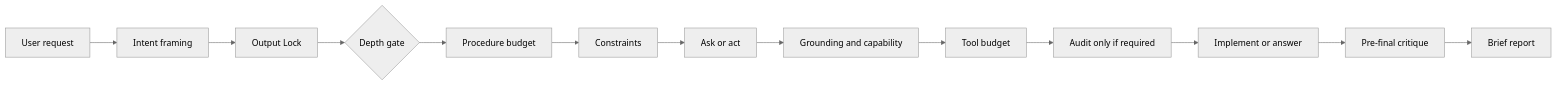
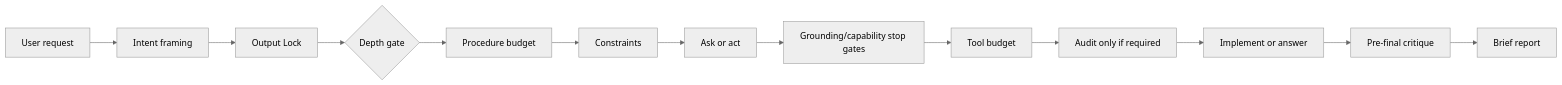
One commit to Nam-Cheol/codex-fable-mode changed the diagram in README.en.md. Above: the diagram before and after it, drawn with Mermaid (neutral theme). The commit also changed other lines of this file and 8 other files, not shown here.

Commit message:
Clarify fable-mode routing and grounding gates

````diff
--- a/README.en.md
+++ b/README.en.md
@@ -39,15 +39,15 @@
 ```mermaid
 flowchart LR
     A["User request"] --> B["Intent framing"]
     B --> C["Output Lock"]
     C --> D{"Depth gate"}
     D --> E["Procedure budget"]
     E --> F["Constraints"]
     F --> G["Ask or act"]
-    G --> H["Grounding and capability"]
+    G --> H["Grounding/capability stop gates"]
     H --> I["Tool budget"]
     I --> J["Audit only if required"]
     J --> K["Implement or answer"]
     K --> L["Pre-final critique"]
     L --> M["Brief report"]
 ```
````
